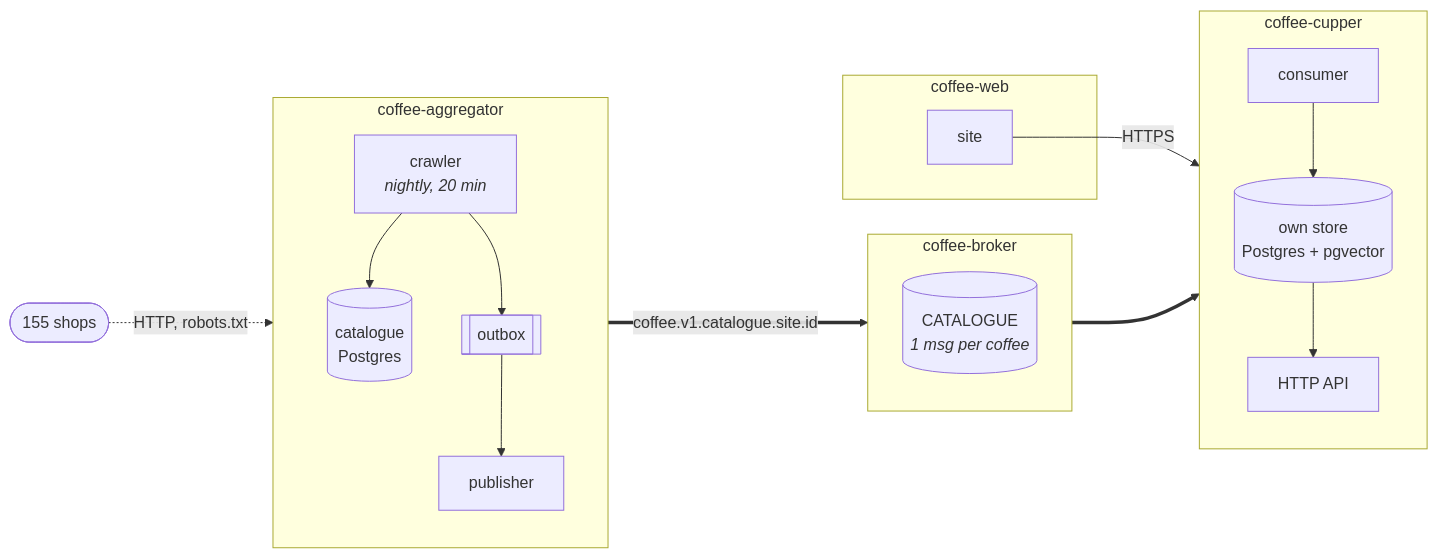
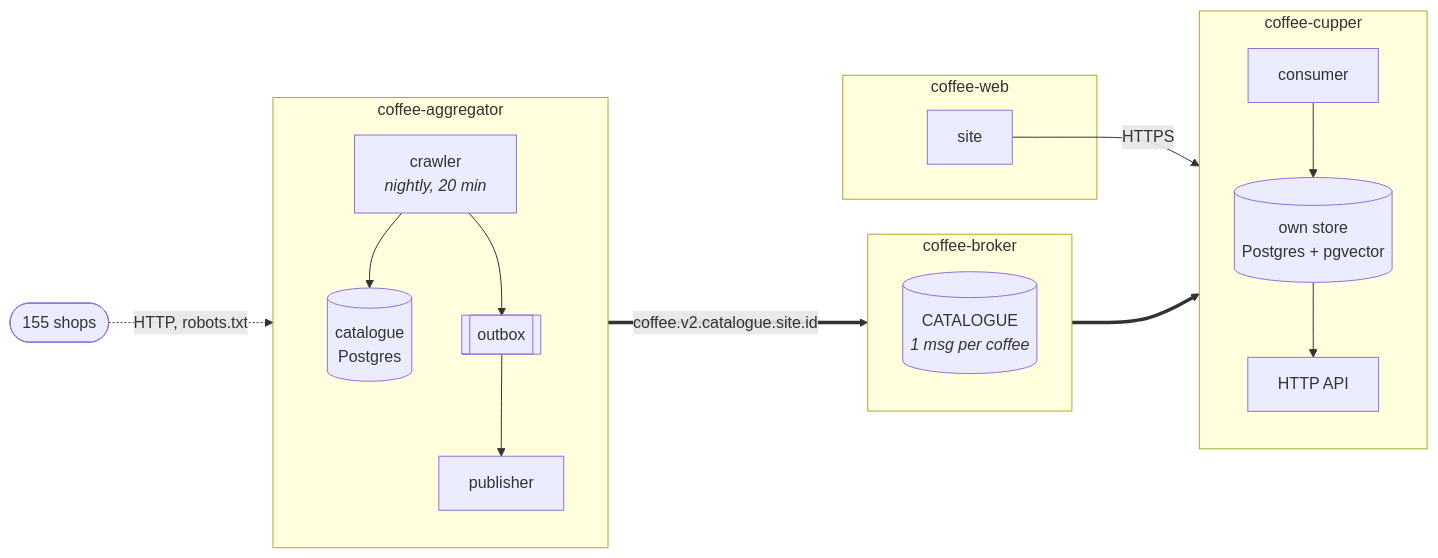
One commit to Edems10/coffee-contracts changed the first of 4 diagrams in docs/architecture.md. Above: the diagram before and after it, drawn with Mermaid. The commit also changed 12 other files, not shown here.

````diff
--- a/docs/architecture.md
+++ b/docs/architecture.md
@@ -20,36 +20,36 @@
 ```mermaid
 flowchart LR
     subgraph AGG["coffee-aggregator"]
         direction TB
         crawler["crawler<br/><i>nightly, 20 min</i>"]
         aggdb[("catalogue<br/>Postgres")]
         outbox[["outbox"]]
         pub["publisher"]
         crawler --> aggdb
         crawler --> outbox
         outbox --> pub
     end
 
     subgraph BROKER["coffee-broker"]
         direction TB
         cat[("CATALOGUE<br/><i>1 msg per coffee</i>")]
     end
 
     subgraph CUP["coffee-cupper"]
         direction TB
         consumer["consumer"]
         cupdb[("own store<br/>Postgres + pgvector")]
         api["HTTP API"]
         consumer --> cupdb
         cupdb --> api
     end
 
     subgraph WEB["coffee-web"]
         site["site"]
     end
 
     shops(["155 shops"]) -.->|"HTTP, robots.txt"| crawler
-    pub ==>|"coffee.v1.catalogue.site.id"| cat
+    pub ==>|"coffee.v2.catalogue.site.id"| cat
     cat ==> consumer
     site -->|HTTPS| api
 ```
````
